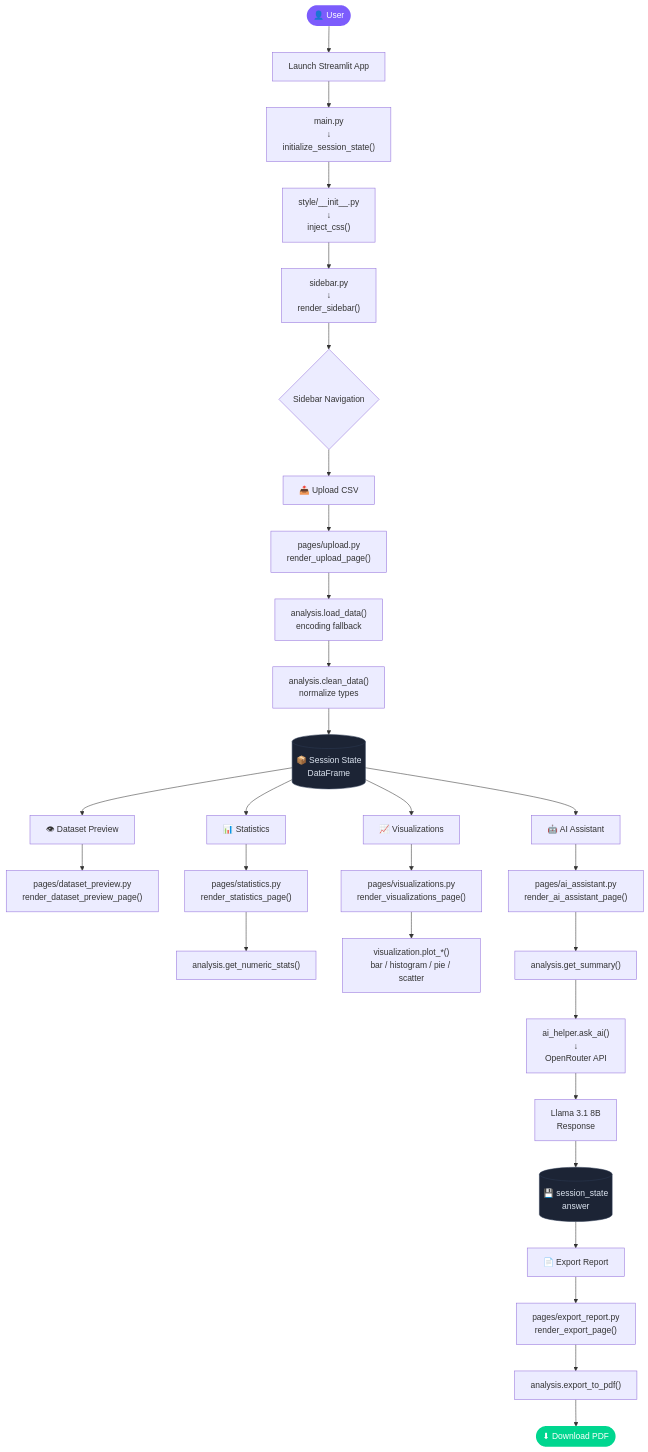
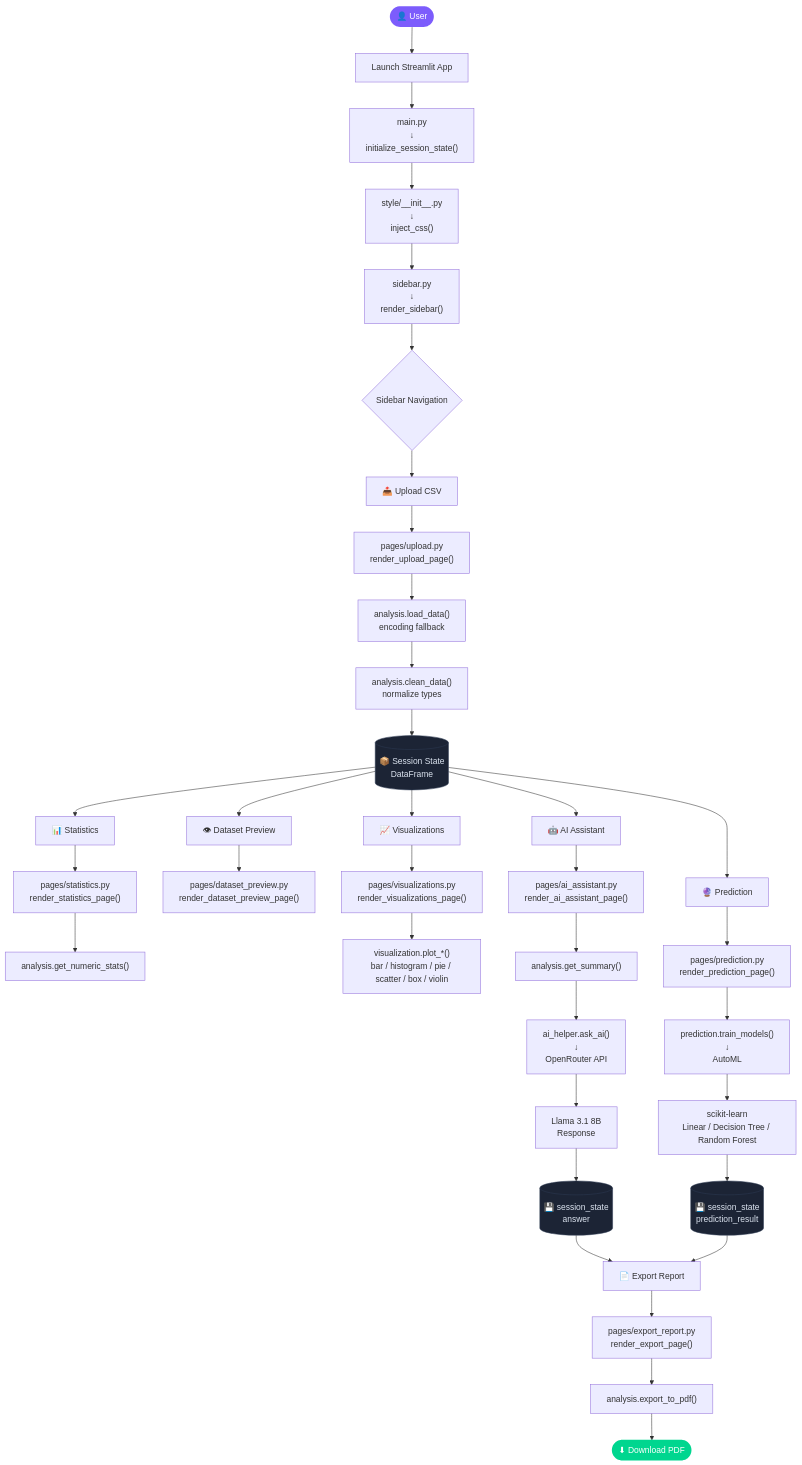
One commit to abdullahkamran426-lab/ai_anylist_assistand changed the diagram in README.md. Above: the diagram before and after it, drawn with Mermaid. The commit also changed other lines of this file, not shown here.

````diff
--- a/README.md
+++ b/README.md
@@ -138,41 +143,49 @@
 ```mermaid
 flowchart TD
     A([👤 User]) --> B[Launch Streamlit App]
     B --> C["main.py<br/>↓<br/>initialize_session_state()"]
     C --> D["style/__init__.py<br/>↓<br/>inject_css()"]
     D --> E["sidebar.py<br/>↓<br/>render_sidebar()"]
     E --> F{Sidebar Navigation}
 
     F --> G[📤 Upload CSV]
     G --> H["pages/upload.py<br/>render_upload_page()"]
     H --> I["analysis.load_data()<br/>encoding fallback"]
     I --> J["analysis.clean_data()<br/>normalize types"]
     J --> K[(📦 Session State<br/>DataFrame)]
 
     K --> L[👁 Dataset Preview]
     K --> M[📊 Statistics]
     K --> N[📈 Visualizations]
     K --> O[🤖 AI Assistant]
+    K --> P[🔮 Prediction]
 
     L  --> L1["pages/dataset_preview.py<br/>render_dataset_preview_page()"]
     M  --> M1["pages/statistics.py<br/>render_statistics_page()"]
     M1 --> M2["analysis.get_numeric_stats()"]
     N  --> N1["pages/visualizations.py<br/>render_visualizations_page()"]
-    N1 --> N2["visualization.plot_*()<br/>bar / histogram / pie / scatter"]
+    N1 --> N2["visualization.plot_*()<br/>bar / histogram / pie / scatter / box / violin"]
 
     O  --> O1["pages/ai_assistant.py<br/>render_ai_assistant_page()"]
     O1 --> O2["analysis.get_summary()"]
     O2 --> O3["ai_helper.ask_ai()<br/>↓<br/>OpenRouter API"]
     O3 --> O4["Llama 3.1 8B<br/>Response"]
     O4 --> O5[(💾 session_state<br/>answer)]
 
-    O5  --> P[📄 Export Report]
-    P  --> P1["pages/export_report.py<br/>render_export_page()"]
-    P1 --> P2["analysis.export_to_pdf()"]
-    P2 --> Q([⬇ Download PDF])
+    P  --> P1["pages/prediction.py<br/>render_prediction_page()"]
+    P1 --> P2["prediction.train_models()<br/>↓<br/>AutoML"]
+    P2 --> P3["scikit-learn<br/>Linear / Decision Tree / Random Forest"]
+    P3 --> P4[(💾 session_state<br/>prediction_result)]
+
+    O5  --> Q[📄 Export Report]
+    P4  --> Q
+    Q  --> Q1["pages/export_report.py<br/>render_export_page()"]
+    Q1 --> Q2["analysis.export_to_pdf()"]
+    Q2 --> R([⬇ Download PDF])
 
     style A  fill:#7C5CFC,color:#fff,stroke:none
     style K  fill:#1C2435,color:#DCE4F0,stroke:#2D3A52
     style O5 fill:#1C2435,color:#DCE4F0,stroke:#2D3A52
-    style Q  fill:#00D68F,color:#fff,stroke:none
+    style P4 fill:#1C2435,color:#DCE4F0,stroke:#2D3A52
+    style R  fill:#00D68F,color:#fff,stroke:none
 ```
````
